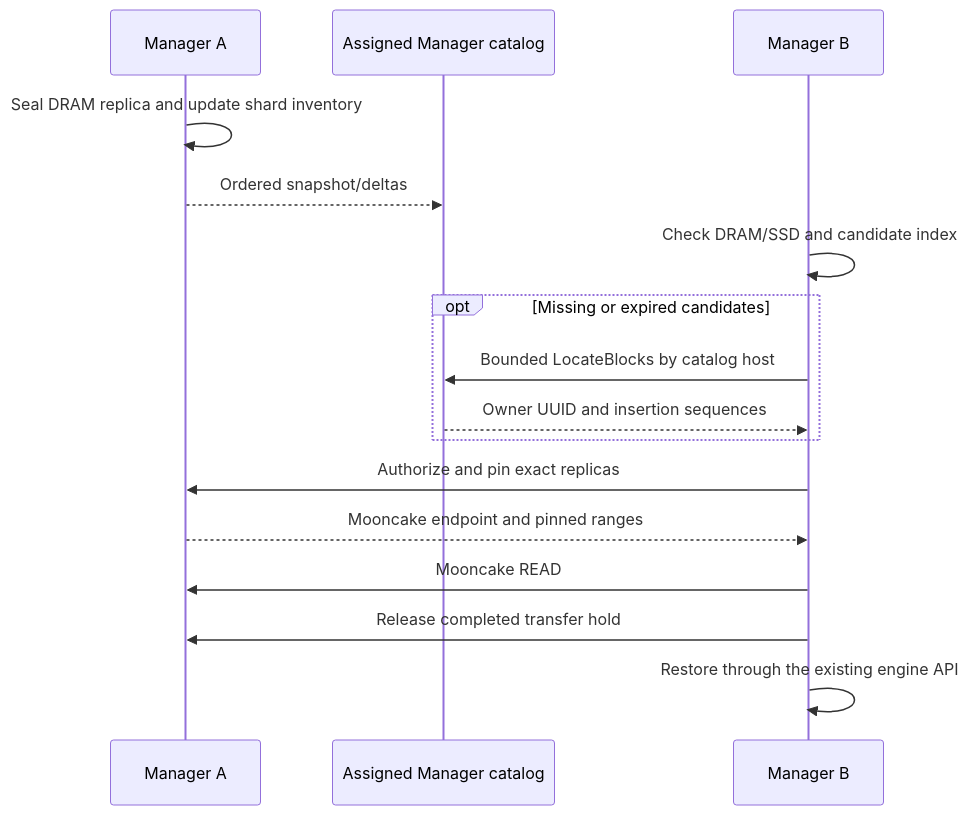
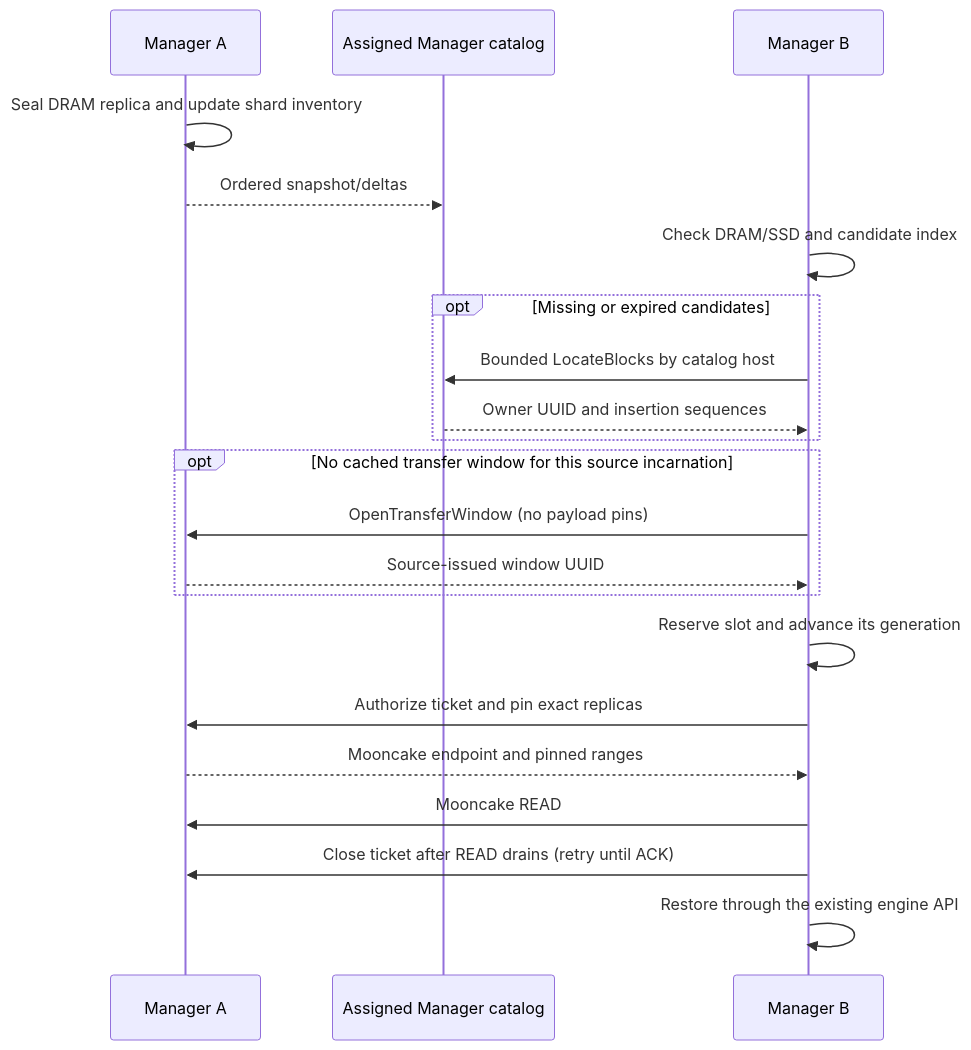
The diagram in docs/p2p.md (feichai0017/orbitkv), drawn with Mermaid before and after one commit. The commit also changed other lines of this file and 16 other files, not shown here.

Commit message:
fix: reconcile lost transfer authorizations with generation-fenced tickets

````diff
--- a/docs/p2p.md
+++ b/docs/p2p.md
@@ -47,18 +47,23 @@
 ```mermaid
 sequenceDiagram
     participant A as Manager A
     participant C as Assigned Manager catalog
     participant B as Manager B
     A->>A: Seal DRAM replica and update shard inventory
     A-->>C: Ordered snapshot/deltas
     B->>B: Check DRAM/SSD and candidate index
     opt Missing or expired candidates
         B->>C: Bounded LocateBlocks by catalog host
         C-->>B: Owner UUID and insertion sequences
     end
-    B->>A: Authorize and pin exact replicas
+    opt No cached transfer window for this source incarnation
+        B->>A: OpenTransferWindow (no payload pins)
+        A-->>B: Source-issued window UUID
+    end
+    B->>B: Reserve slot and advance its generation
+    B->>A: Authorize ticket and pin exact replicas
     A-->>B: Mooncake endpoint and pinned ranges
     B->>A: Mooncake READ
-    B->>A: Release completed transfer hold
+    B->>A: Close ticket after READ drains (retry until ACK)
     B->>B: Restore through the existing engine API
 ```
````
